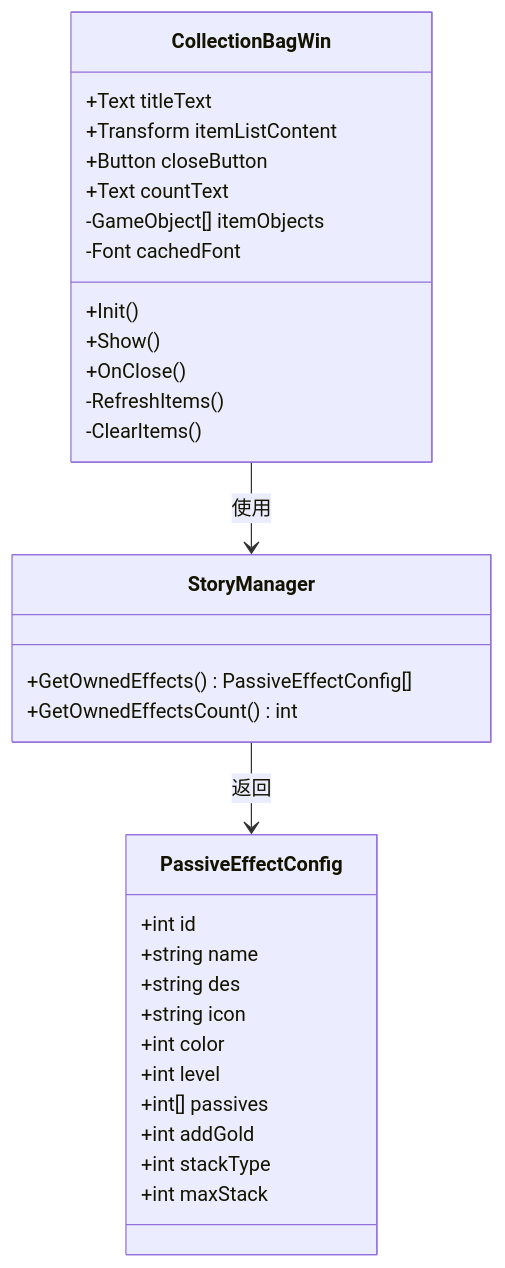
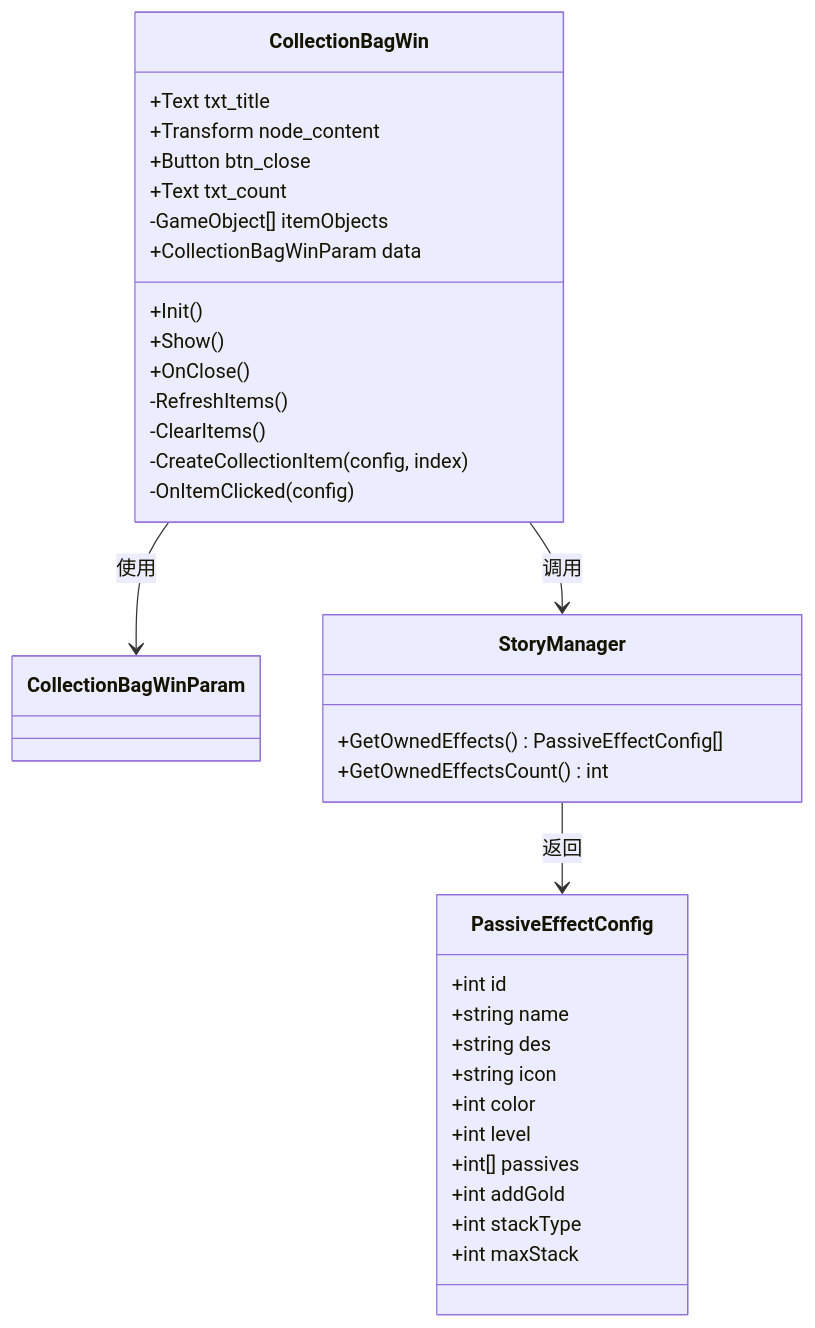
Before and after one commit to Tuusen/p1_client: the fourth of 8 diagrams in .qoder/repowiki/zh/content/用户界面系统/收藏系统.md, drawn with Mermaid. The commit also changed other lines of this file and 6 other files, not shown here.

````diff
--- a/.qoder/repowiki/zh/content/用户界面系统/收藏系统.md
+++ b/.qoder/repowiki/zh/content/用户界面系统/收藏系统.md
@@ -229,34 +247,39 @@
 ```mermaid
 classDiagram
 class CollectionBagWin {
-+Text titleText
-+Transform itemListContent
-+Button closeButton
-+Text countText
++Text txt_title
++Transform node_content
++Button btn_close
++Text txt_count
 -GameObject[] itemObjects
--Font cachedFont
++CollectionBagWinParam data
 +Init()
 +Show()
 +OnClose()
 -RefreshItems()
 -ClearItems()
+-CreateCollectionItem(config, index)
+-OnItemClicked(config)
+}
+class CollectionBagWinParam {
 }
 class StoryManager {
 +GetOwnedEffects() PassiveEffectConfig[]
 +GetOwnedEffectsCount() int
 }
 class PassiveEffectConfig {
 +int id
 +string name
 +string des
 +string icon
 +int color
 +int level
 +int[] passives
 +int addGold
 +int stackType
 +int maxStack
 }
-CollectionBagWin --> StoryManager : 使用
+CollectionBagWin --> CollectionBagWinParam : 使用
+CollectionBagWin --> StoryManager : 调用
 StoryManager --> PassiveEffectConfig : 返回
 ```
````
